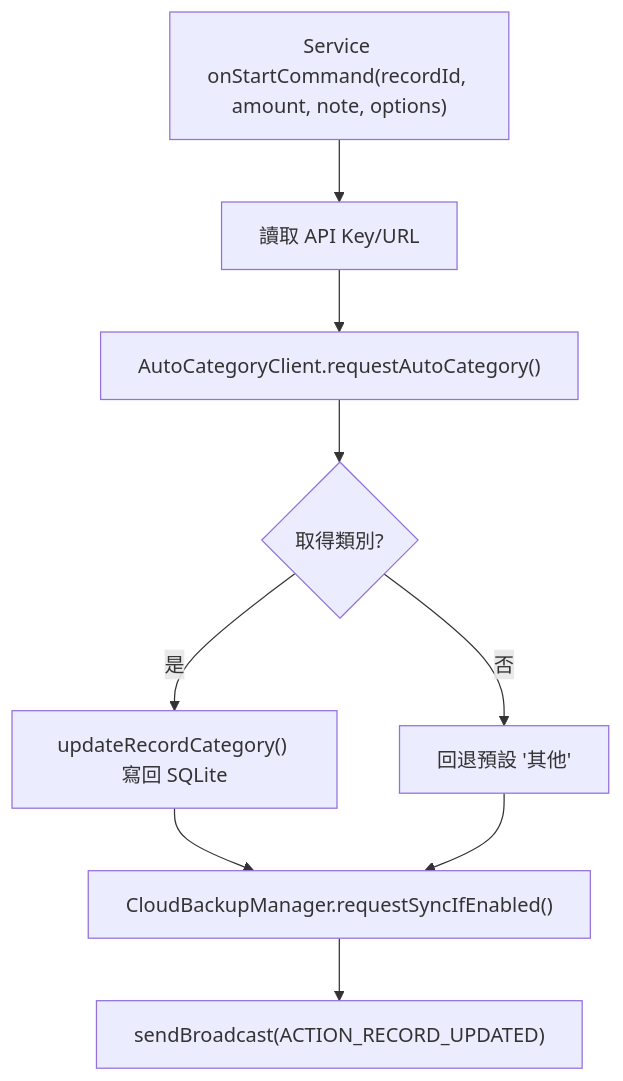
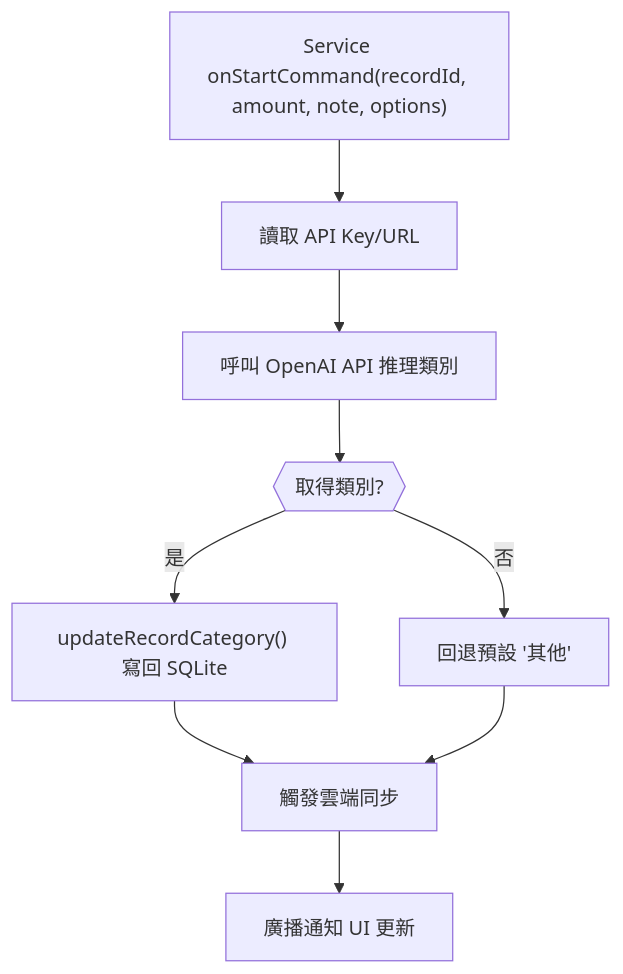
Diagram 12 of 26 in Grading_Criteria.md (Dao-you/SimplestBookAndroid), drawn with Mermaid before and after one commit. The commit also changed other lines of this file, not shown here.

````diff
--- a/Grading_Criteria.md
+++ b/Grading_Criteria.md
@@ -329,11 +319,11 @@
 ```mermaid
 flowchart TD
     A["Service onStartCommand(recordId, amount, note, options)"] --> B["讀取 API Key/URL"]
-    B --> C["AutoCategoryClient.requestAutoCategory()"]
-    C --> D{"取得類別?"}
+    B --> C["呼叫 OpenAI API 推理類別"]
+    C --> D{{"取得類別?"}}
     D -->|"是"| E["updateRecordCategory() 寫回 SQLite"]
     D -->|"否"| F["回退預設 '其他'"]
-    E --> G["CloudBackupManager.requestSyncIfEnabled()"]
+    E --> G["觸發雲端同步"]
     F --> G
-    G --> H["sendBroadcast(ACTION_RECORD_UPDATED)"]
+    G --> H["廣播通知 UI 更新"]
 ```
````
